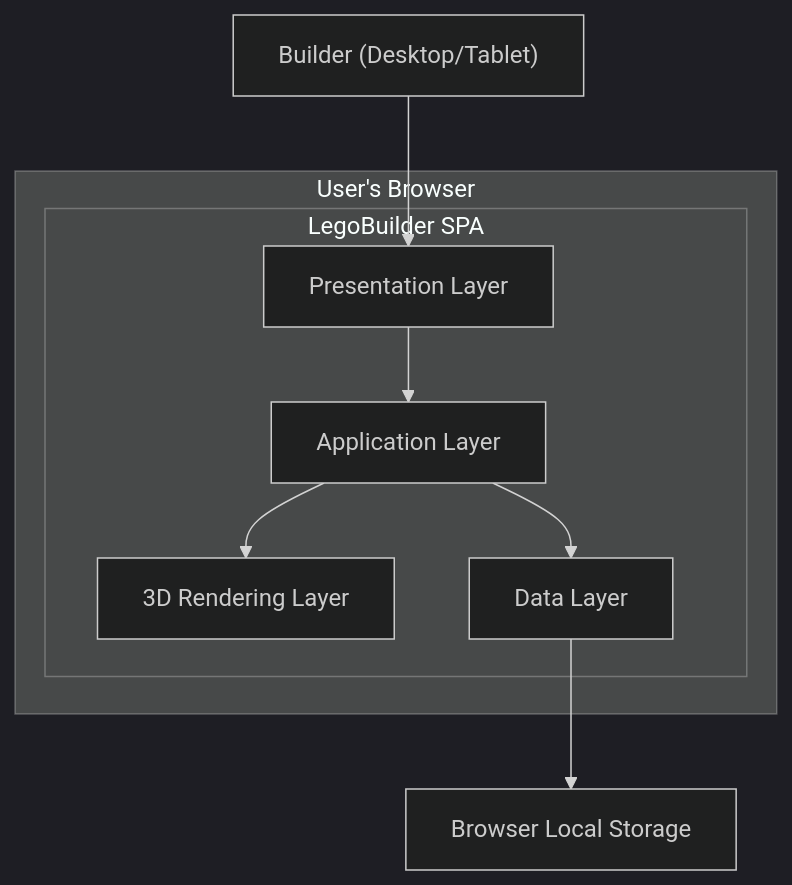
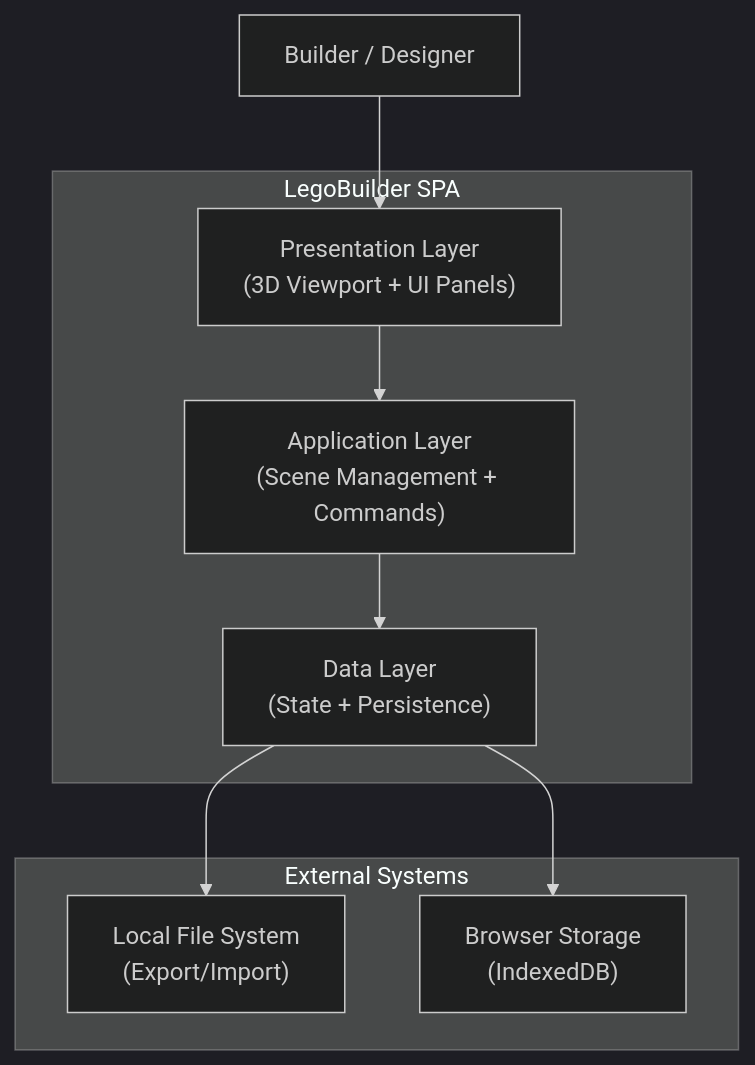
The second of 5 diagrams in docs/NOTIONAL_ARCHITECTURE.md (sreenivasmrpivot/legobuilder), drawn with Mermaid (dark theme) before and after one commit. The commit also changed other lines of this file, not shown here.

First line of the commit message:
docs: Notional Architecture following Spectra template

````diff
--- a/docs/NOTIONAL_ARCHITECTURE.md
+++ b/docs/NOTIONAL_ARCHITECTURE.md
@@ -66,17 +71,19 @@
 ```mermaid
 flowchart TB
-    subgraph Browser["User's Browser"]
-        subgraph System["LegoBuilder SPA"]
-            PRESENTATION["Presentation Layer"]
-            APPLICATION["Application Layer"]
-            RENDER["3D Rendering Layer"]
-            DATA["Data Layer"]
-        end
+    subgraph External["External Systems"]
+        FS["Local File System<br/>(Export/Import)"]
+        BROWSER_STORAGE["Browser Storage<br/>(IndexedDB)"]
     end
 
-    USER["Builder (Desktop/Tablet)"] --> PRESENTATION
+    subgraph System["LegoBuilder SPA"]
+        PRESENTATION["Presentation Layer<br/>(3D Viewport + UI Panels)"]
+        APPLICATION["Application Layer<br/>(Scene Management + Commands)"]
+        DATA["Data Layer<br/>(State + Persistence)"]
+    end
+
+    USER["Builder / Designer"] --> PRESENTATION
     PRESENTATION --> APPLICATION
-    APPLICATION --> RENDER
     APPLICATION --> DATA
-    DATA --> BROWSER_STORAGE["Browser Local Storage"]
+    DATA --> BROWSER_STORAGE
+    DATA --> FS
 ```
````
